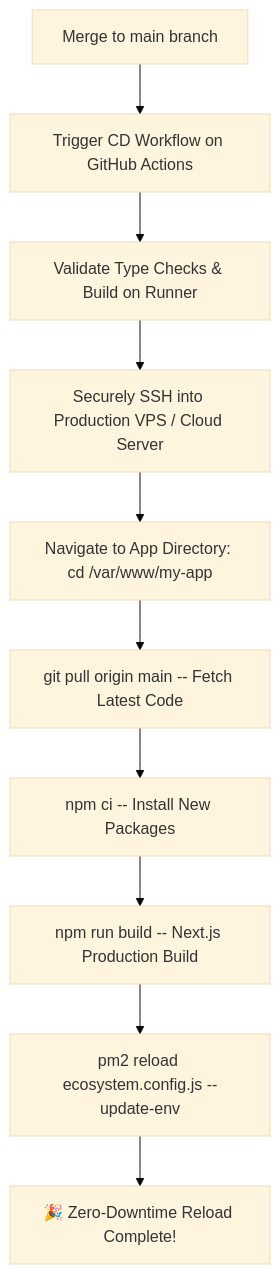
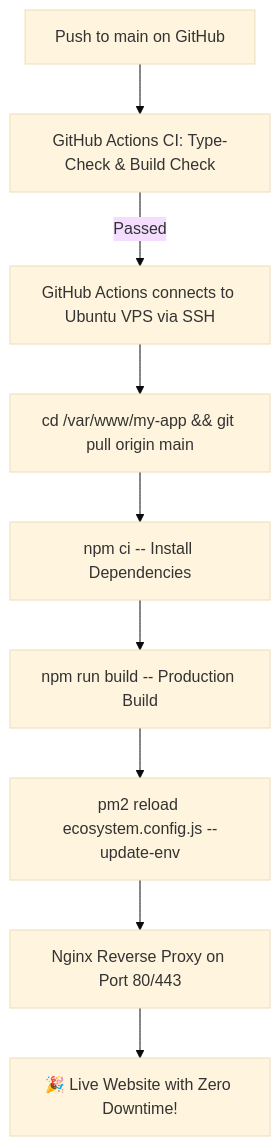
Before and after one commit to digitalkstechno/cicd_test: the diagram in CI_CD_SETUP_GUIDE.md, drawn with Mermaid (base theme). The commit also changed other lines of this file and 3 other files, not shown here.

````diff
--- a/CI_CD_SETUP_GUIDE.md
+++ b/CI_CD_SETUP_GUIDE.md
@@ -30,12 +9,11 @@
 ```mermaid
 flowchart TD
-    A[Merge to main branch] --> B[Trigger CD Workflow on GitHub Actions]
-    B --> C[Validate Type Checks & Build on Runner]
-    C --> D[Securely SSH into Production VPS / Cloud Server]
-    D --> E[Navigate to App Directory: cd /var/www/my-app]
-    E --> F[git pull origin main -- Fetch Latest Code]
-    F --> G[npm ci -- Install New Packages]
-    G --> H[npm run build -- Next.js Production Build]
-    H --> I[pm2 reload ecosystem.config.js --update-env]
-    I --> J[🎉 Zero-Downtime Reload Complete!]
+    A[Push to main on GitHub] --> B[GitHub Actions CI: Type-Check & Build Check]
+    B -->|Passed| C[GitHub Actions connects to Ubuntu VPS via SSH]
+    C --> D[cd /var/www/my-app && git pull origin main]
+    D --> E[npm ci -- Install Dependencies]
+    E --> F[npm run build -- Production Build]
+    F --> G[pm2 reload ecosystem.config.js --update-env]
+    G --> H[Nginx Reverse Proxy on Port 80/443]
+    H --> I[🎉 Live Website with Zero Downtime!]
 ```
````
